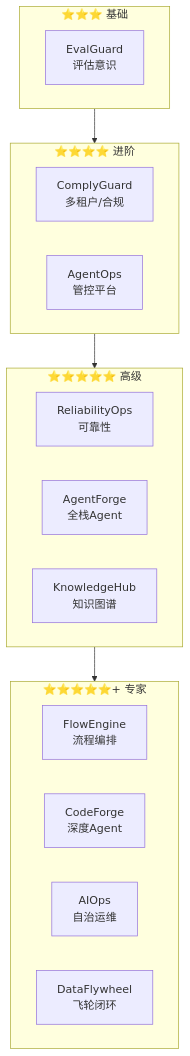
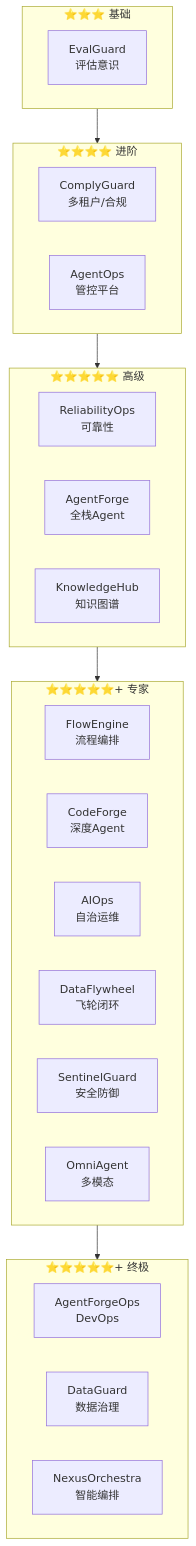
Before and after one commit to UranusGit/java-agent-learn: the second of 3 diagrams in docs/项目实践/00-项目实践总览.md, drawn with Mermaid. The commit also changed other lines of this file and 104 other files, not shown here.

````diff
--- a/docs/项目实践/00-项目实践总览.md
+++ b/docs/项目实践/00-项目实践总览.md
@@ -66,26 +86,34 @@
 ```mermaid
 flowchart TB
     subgraph Level1["⭐⭐⭐ 基础"]
         E["EvalGuard<br/>评估意识"]
     end
 
     subgraph Level2["⭐⭐⭐⭐ 进阶"]
         C["ComplyGuard<br/>多租户/合规"]
         A["AgentOps<br/>管控平台"]
     end
 
     subgraph Level3["⭐⭐⭐⭐⭐ 高级"]
         R["ReliabilityOps<br/>可靠性"]
         AF["AgentForge<br/>全栈Agent"]
         KH["KnowledgeHub<br/>知识图谱"]
     end
 
     subgraph Level4["⭐⭐⭐⭐⭐+ 专家"]
         FE["FlowEngine<br/>流程编排"]
         CF["CodeForge<br/>深度Agent"]
         AO["AIOps<br/>自治运维"]
         DF["DataFlywheel<br/>飞轮闭环"]
+        SG["SentinelGuard<br/>安全防御"]
+        OA["OmniAgent<br/>多模态"]
     end
 
-    Level1 --> Level2 --> Level3 --> Level4
+    subgraph Level5["⭐⭐⭐⭐⭐+ 终极"]
+        AFO["AgentForgeOps<br/>DevOps"]
+        DG["DataGuard<br/>数据治理"]
+        NO["NexusOrchestra<br/>智能编排"]
+    end
+
+    Level1 --> Level2 --> Level3 --> Level4 --> Level5
 ```
````
